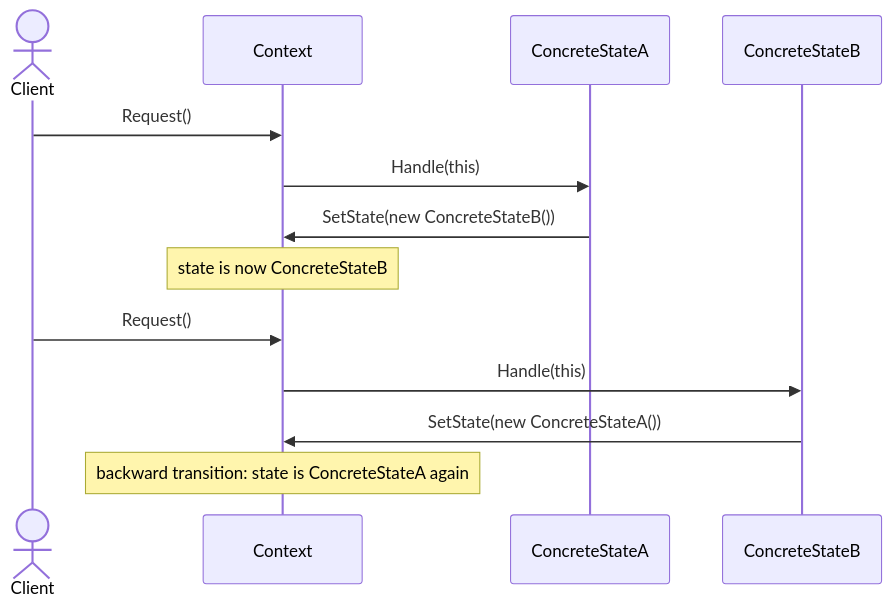
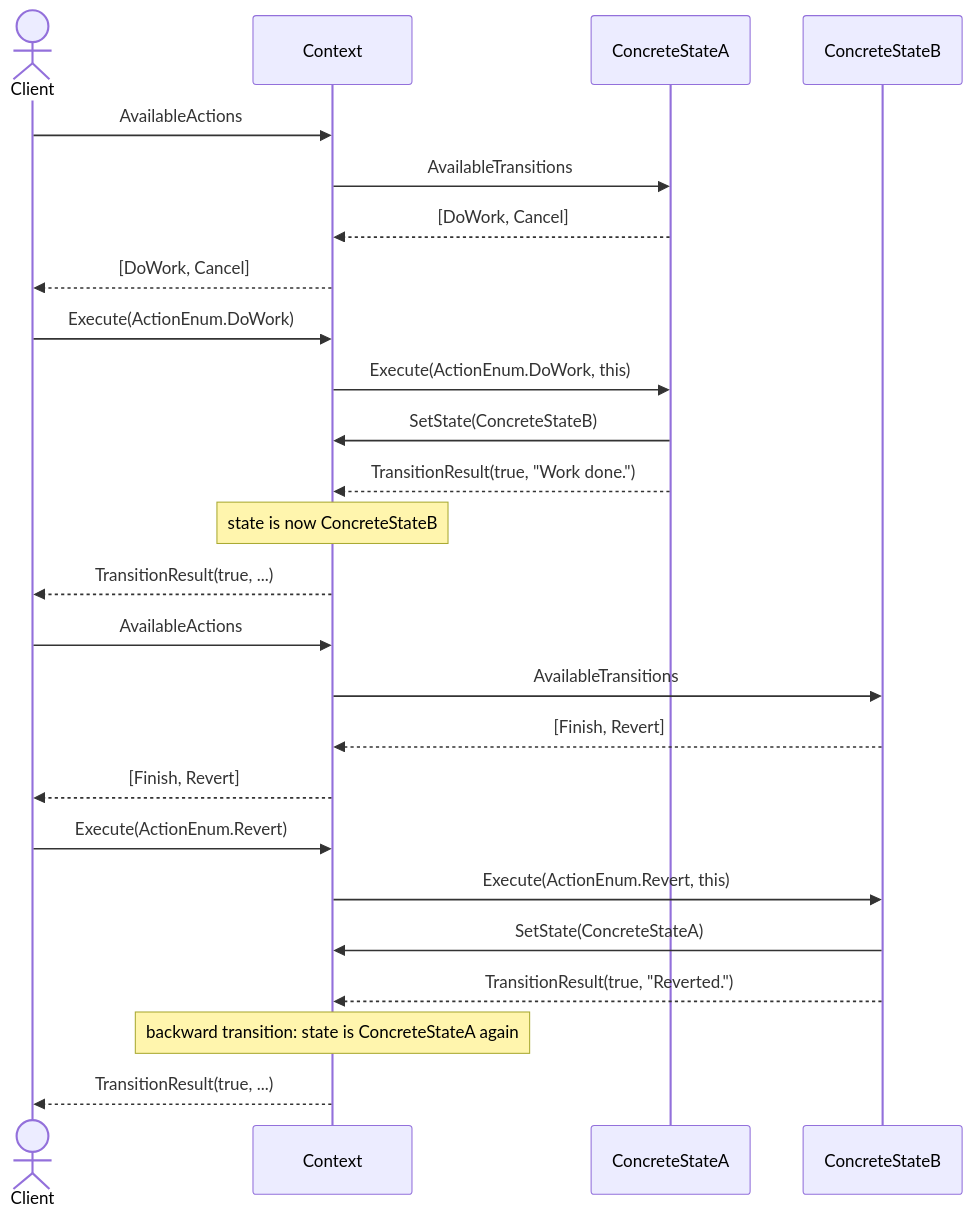
The seventh of 19 diagrams in presentations/12-state-machine-pattern.md (jeff-adkisson/swe-4743-spring-2026-oo-design), drawn with Mermaid before and after one commit. The commit also changed other lines of this file, not shown here.

````diff
--- a/presentations/12-state-machine-pattern.md
+++ b/presentations/12-state-machine-pattern.md
@@ -239,17 +284,31 @@
 ```mermaid
 sequenceDiagram
     actor Client
     participant Context
     participant StateA as ConcreteStateA
     participant StateB as ConcreteStateB
 
-    Client->>Context: Request()
-    Context->>StateA: Handle(this)
-    StateA->>Context: SetState(new ConcreteStateB())
+    Client->>Context: AvailableActions
+    Context->>StateA: AvailableTransitions
+    StateA-->>Context: [DoWork, Cancel]
+    Context-->>Client: [DoWork, Cancel]
+
+    Client->>Context: Execute(ActionEnum.DoWork)
+    Context->>StateA: Execute(ActionEnum.DoWork, this)
+    StateA->>Context: SetState(ConcreteStateB)
+    StateA-->>Context: TransitionResult(true, "Work done.")
     Note over Context: state is now ConcreteStateB
+    Context-->>Client: TransitionResult(true, ...)
 
-    Client->>Context: Request()
-    Context->>StateB: Handle(this)
-    StateB->>Context: SetState(new ConcreteStateA())
+    Client->>Context: AvailableActions
+    Context->>StateB: AvailableTransitions
+    StateB-->>Context: [Finish, Revert]
+    Context-->>Client: [Finish, Revert]
+
+    Client->>Context: Execute(ActionEnum.Revert)
+    Context->>StateB: Execute(ActionEnum.Revert, this)
+    StateB->>Context: SetState(ConcreteStateA)
+    StateB-->>Context: TransitionResult(true, "Reverted.")
     Note over Context: backward transition: state is ConcreteStateA again
+    Context-->>Client: TransitionResult(true, ...)
 ```
````
